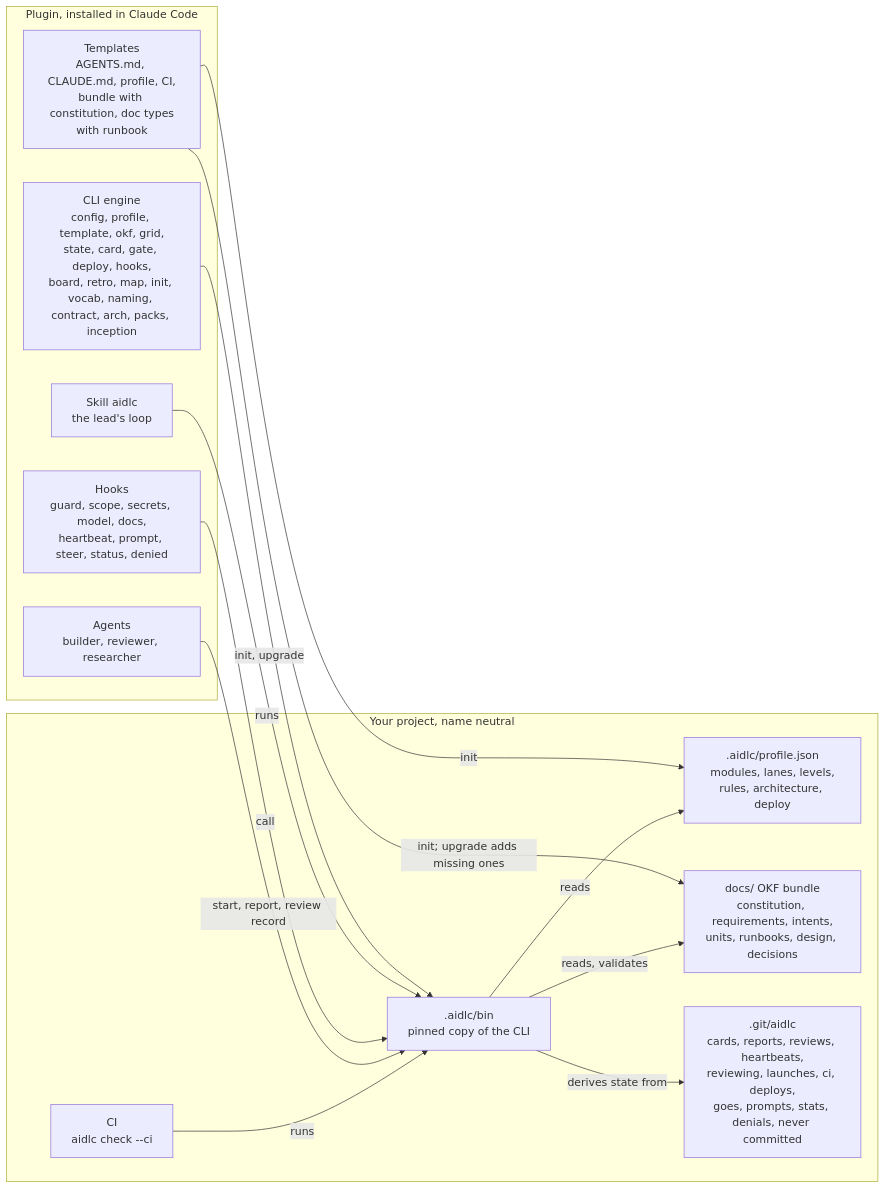
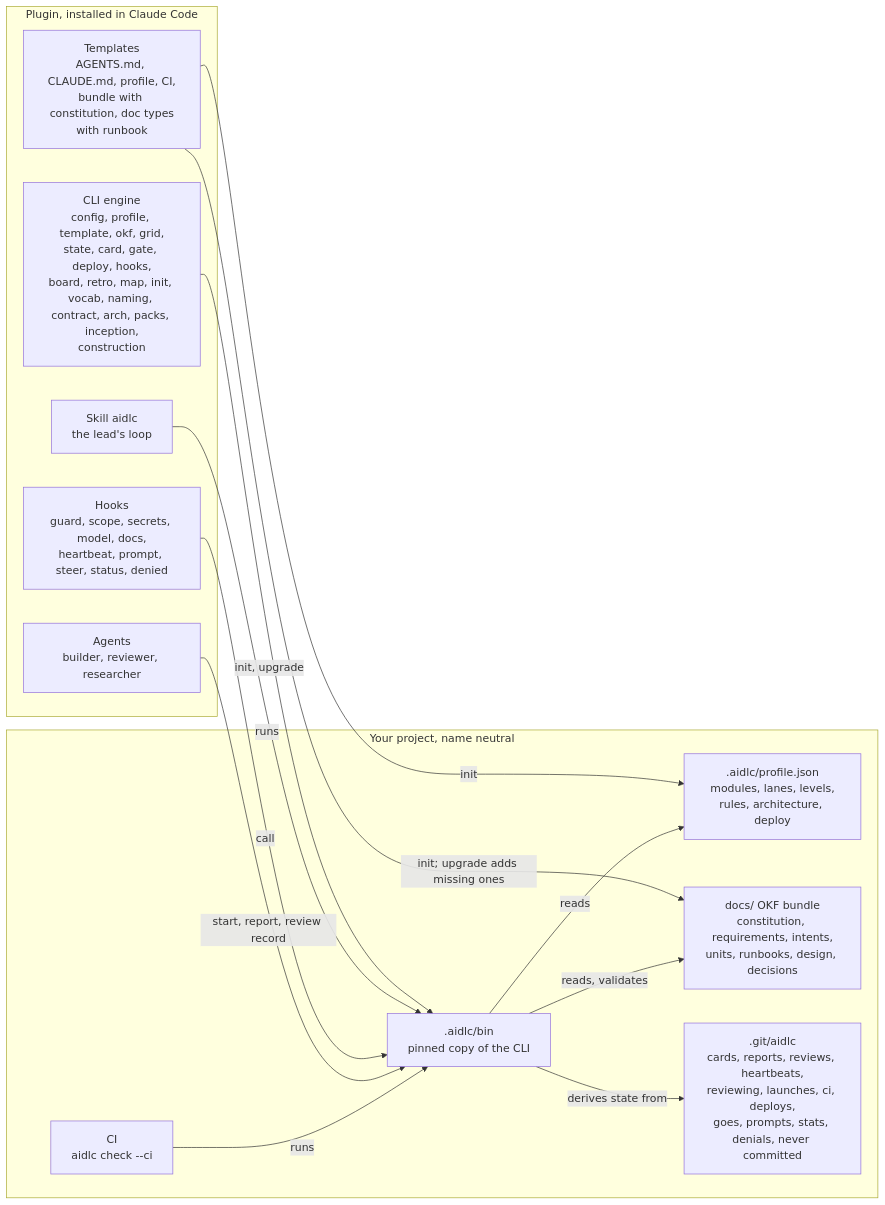
Before and after one commit to Scrollout/aidlc-team-plugin: the second of 2 diagrams in README.md, drawn with Mermaid. The commit also changed 22 other files, not shown here.

````diff
--- a/README.md
+++ b/README.md
@@ -77,29 +77,29 @@
 ```mermaid
 flowchart LR
   subgraph plugin["Plugin, installed in Claude Code"]
     skill["Skill aidlc<br/>the lead's loop"]
     agents["Agents<br/>builder, reviewer, researcher"]
     hooks["Hooks<br/>guard, scope, secrets, model, docs,<br/>heartbeat, prompt, steer, status, denied"]
-    cli["CLI engine<br/>config, profile, template, okf, grid,<br/>state, card, gate, deploy, hooks,<br/>board, retro, map, init, vocab, naming, contract, arch, packs, inception"]
+    cli["CLI engine<br/>config, profile, template, okf, grid,<br/>state, card, gate, deploy, hooks,<br/>board, retro, map, init, vocab, naming, contract, arch, packs, inception,<br/>construction"]
     templates["Templates<br/>AGENTS.md, CLAUDE.md, profile, CI,<br/>bundle with constitution, doc types<br/>with runbook"]
   end
 
   subgraph project["Your project, name neutral"]
     profile[".aidlc/profile.json<br/>modules, lanes, levels,<br/>rules, architecture, deploy"]
     bin[".aidlc/bin<br/>pinned copy of the CLI"]
     docs["docs/ OKF bundle<br/>constitution, requirements, intents,<br/>units, runbooks, design, decisions"]
     runtime[".git/aidlc<br/>cards, reports, reviews, heartbeats,<br/>reviewing, launches, ci, deploys,<br/>goes, prompts, stats, denials, never committed"]
     ci["CI<br/>aidlc check --ci"]
   end
 
   templates -- "init" --> profile
   templates -- "init; upgrade adds missing ones" --> docs
   cli -- "init, upgrade" --> bin
   skill -- "runs" --> bin
   hooks -- "call" --> bin
   agents -- "start, report, review record" --> bin
   ci -- "runs" --> bin
   bin -- "reads, validates" --> docs
   bin -- "reads" --> profile
   bin -- "derives state from" --> runtime
 ```
````
